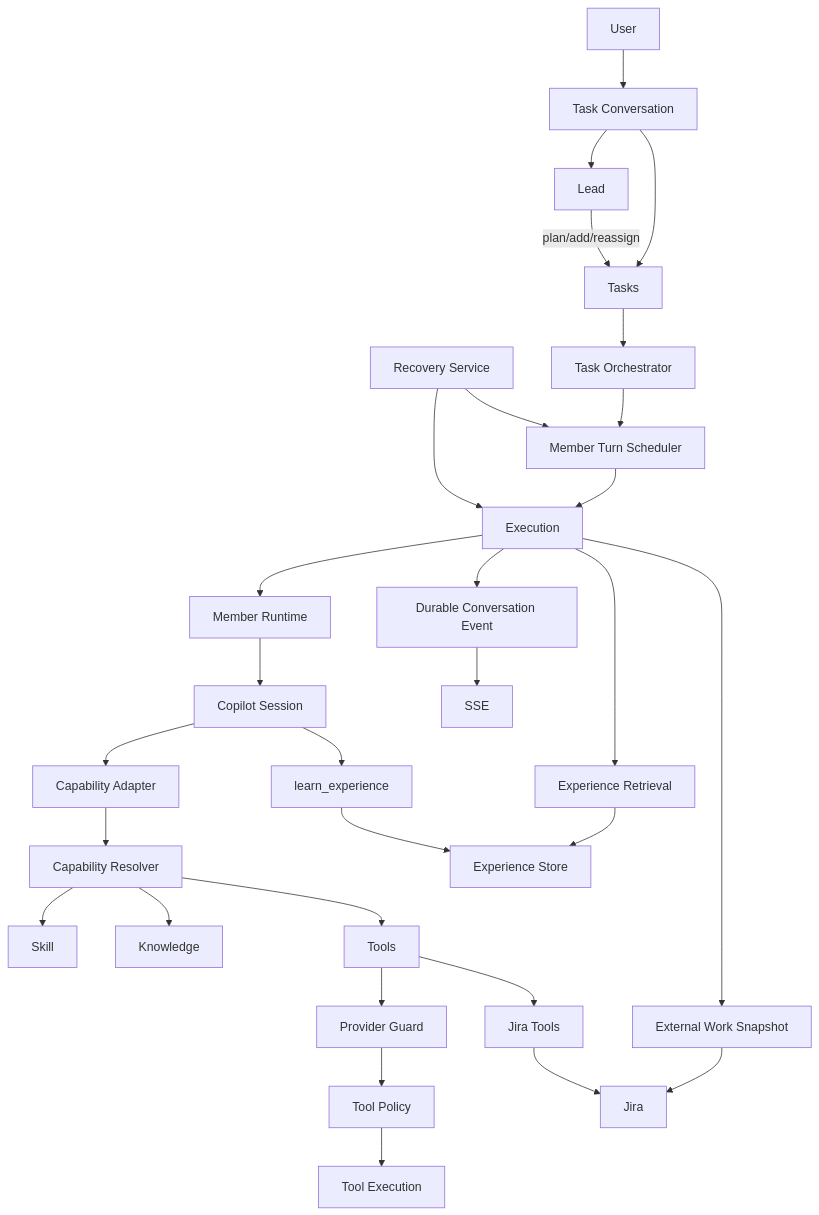
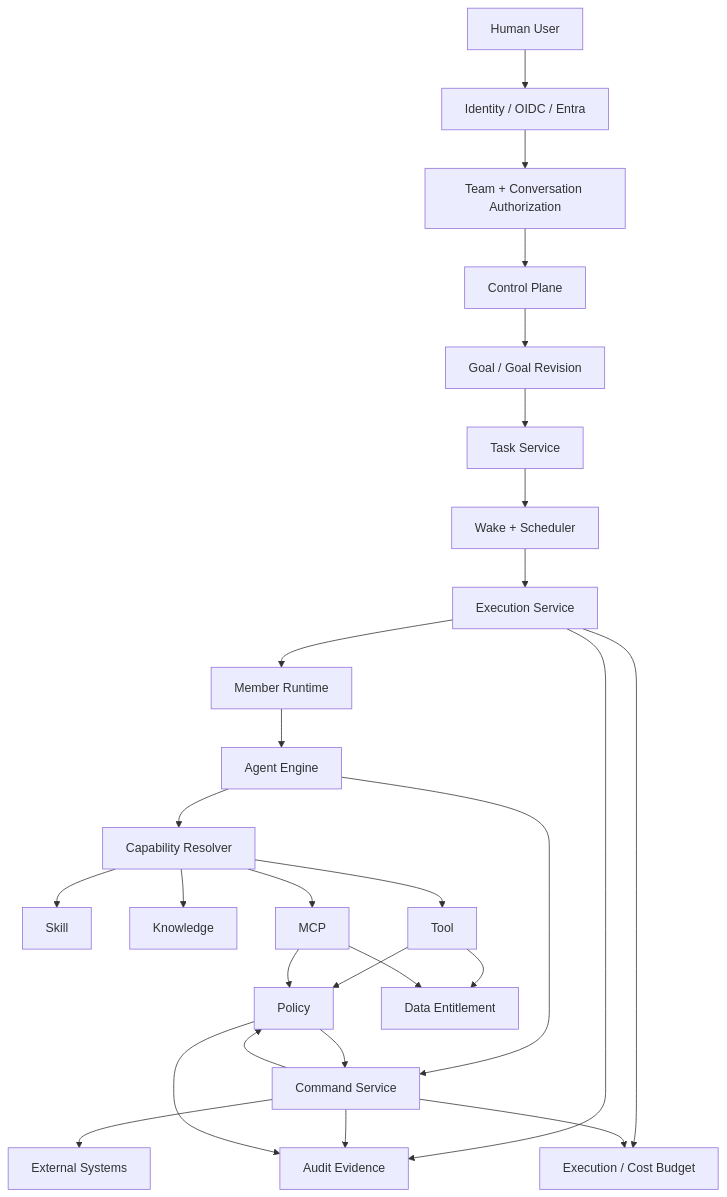
One commit to saga/team-member-copilot-agent changed the first of 3 diagrams in docs/team-member-copilot-agent-architecture.md. Above: the diagram before and after it, drawn with Mermaid. The commit also changed other lines of this file and 41 other files, not shown here.

````diff
--- a/docs/team-member-copilot-agent-architecture.md
+++ b/docs/team-member-copilot-agent-architecture.md
@@ -42,39 +250,61 @@
 ```mermaid
 flowchart TB
-    U[User] --> C[Task Conversation]
-    C --> L[Lead]
-    C --> T[Tasks]
+    USER[Human User]
+    ID[Identity / OIDC / Entra]
+    ACL[Team + Conversation Authorization]
 
-    L -->|plan/add/reassign| T
-    T --> O[Task Orchestrator]
-    O --> S[Member Turn Scheduler]
-    S --> E[Execution]
-    E --> R[Member Runtime]
-    R --> CS[Copilot Session]
+    CP[Control Plane]
 
-    CS --> CA[Capability Adapter]
-    CA --> CR[Capability Resolver]
-    CR --> SK[Skill]
-    CR --> KB[Knowledge]
-    CR --> TL[Tools]
+    GOAL[Goal / Goal Revision]
+    TASK[Task Service]
+    SCHED[Wake + Scheduler]
+    EXEC[Execution Service]
+    POLICY[Policy]
+    ENT[Data Entitlement]
+    AUDIT[Audit Evidence]
+    BUDGET[Execution / Cost Budget]
+    CMD[Command Service]
 
-    TL --> G[Provider Guard]
-    G --> P[Tool Policy]
-    P --> X[Tool Execution]
+    RT[Member Runtime]
+    ENGINE[Agent Engine]
+    CAP[Capability Resolver]
 
-    E --> ER[Experience Retrieval]
-    ER --> ES[Experience Store]
-    CS --> LE[learn_experience]
-    LE --> ES
+    SKILL[Skill]
+    KNOW[Knowledge]
+    TOOL[Tool]
+    MCP[MCP]
+    EXT[External Systems]
 
-    E --> EW[External Work Snapshot]
-    EW --> J[Jira]
-    TL --> JT[Jira Tools]
-    JT --> J
+    USER --> ID
+    ID --> ACL
+    ACL --> CP
 
-    E --> EV[Durable Conversation Event]
-    EV --> SSE[SSE]
+    CP --> GOAL
+    GOAL --> TASK
+    TASK --> SCHED
+    SCHED --> EXEC
+    EXEC --> RT
+    RT --> ENGINE
+    ENGINE --> CAP
 
-    REC[Recovery Service] --> E
-    REC --> S
+    CAP --> SKILL
+    CAP --> KNOW
+    CAP --> TOOL
+    CAP --> MCP
+
+    TOOL --> ENT
+    MCP --> ENT
+    TOOL --> POLICY
+    MCP --> POLICY
+
+    ENGINE --> CMD
+    CMD --> POLICY
+    POLICY --> CMD
+    CMD --> EXT
+
+    EXEC --> AUDIT
+    CMD --> AUDIT
+    POLICY --> AUDIT
+    EXEC --> BUDGET
+    CMD --> BUDGET
 ```
````
